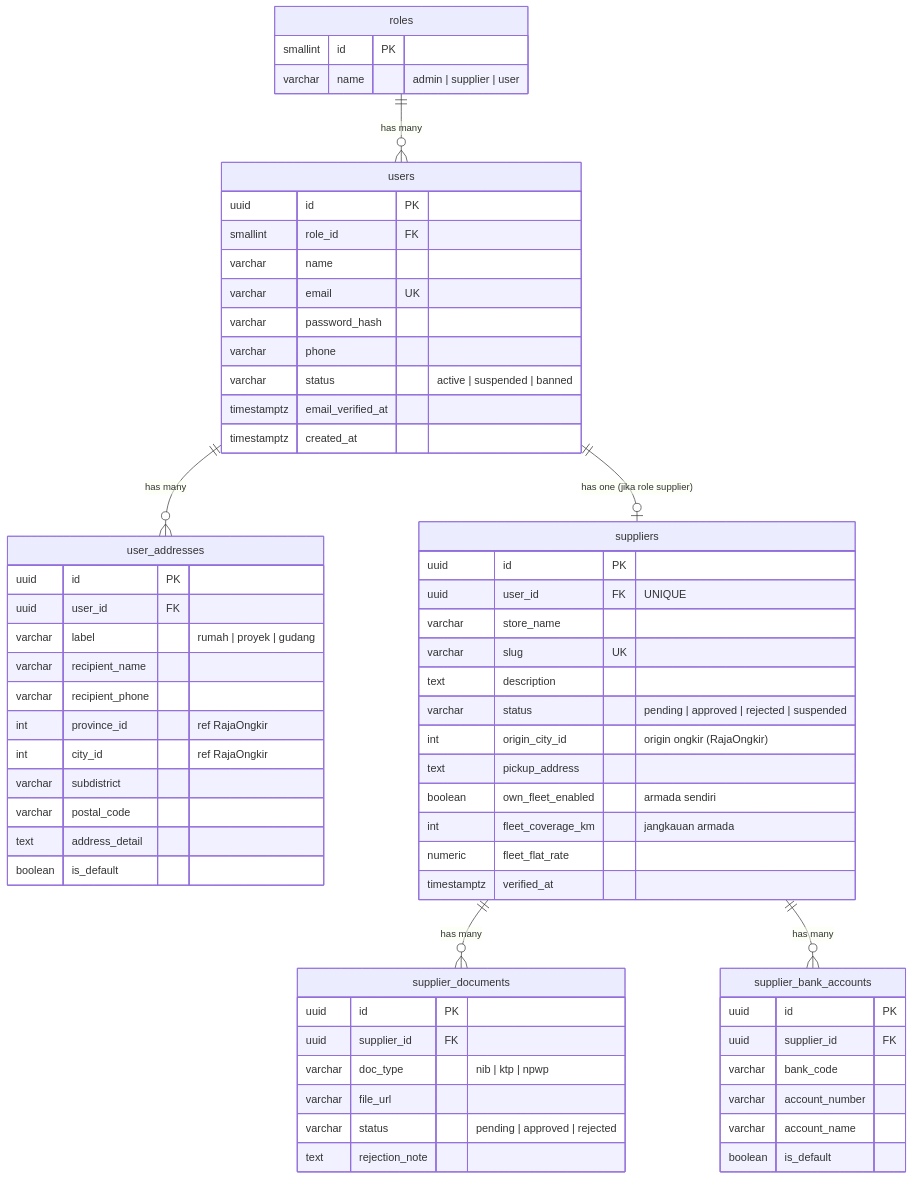
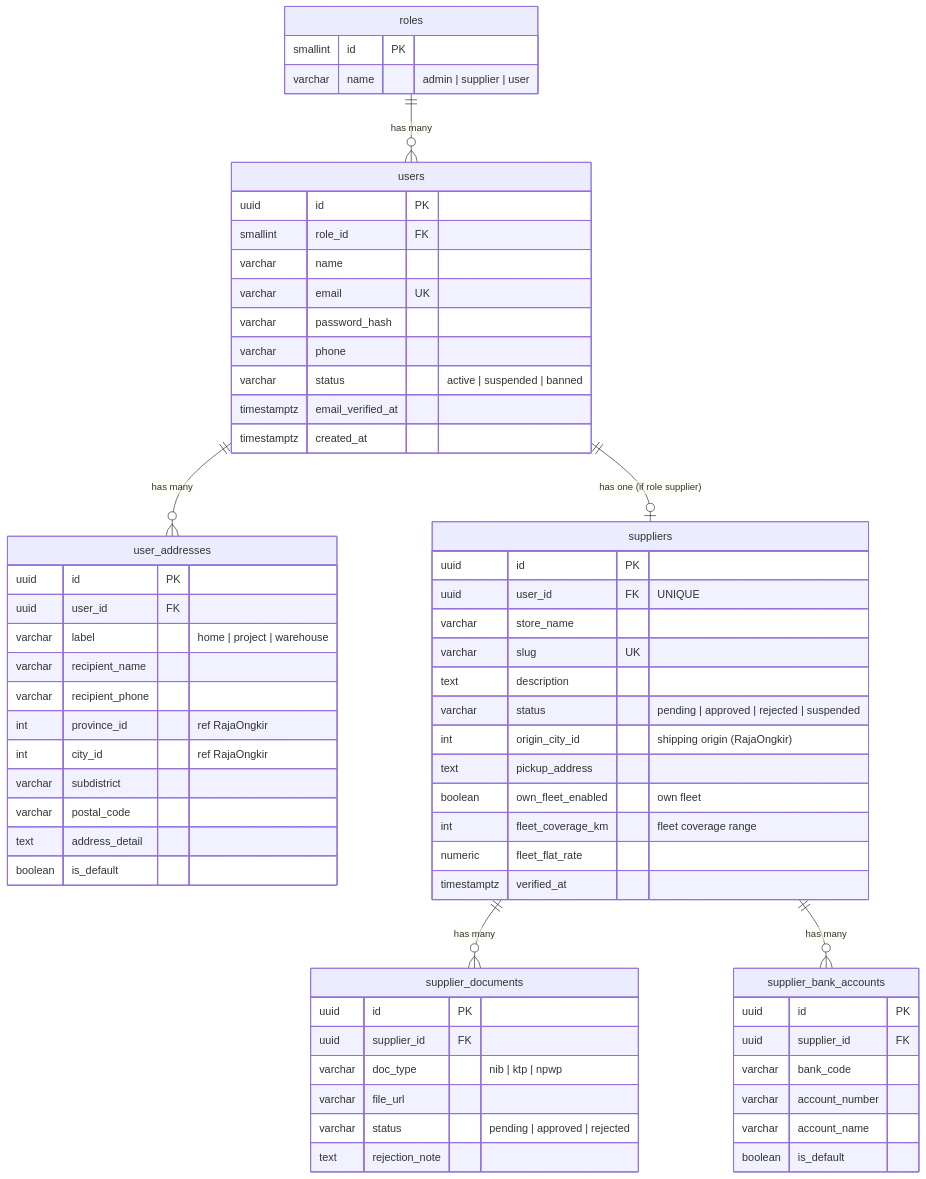
Before and after one commit to erdinhrmwn/bangunin-project: the first of 10 diagrams in docs/erd.md, drawn with Mermaid. The commit also changed other lines of this file and 6 other files, not shown here.

````diff
--- a/docs/erd.md
+++ b/docs/erd.md
@@ -11,72 +11,72 @@
 ```mermaid
 erDiagram
     roles ||--o{ users : "has many"
     users ||--o{ user_addresses : "has many"
-    users ||--o| suppliers : "has one (jika role supplier)"
+    users ||--o| suppliers : "has one (if role supplier)"
     suppliers ||--o{ supplier_documents : "has many"
     suppliers ||--o{ supplier_bank_accounts : "has many"
 
     roles {
         smallint id PK
         varchar name "admin | supplier | user"
     }
 
     users {
         uuid id PK
         smallint role_id FK
         varchar name
         varchar email UK
         varchar password_hash
         varchar phone
         varchar status "active | suspended | banned"
         timestamptz email_verified_at
         timestamptz created_at
     }
 
     user_addresses {
         uuid id PK
         uuid user_id FK
-        varchar label "rumah | proyek | gudang"
+        varchar label "home | project | warehouse"
         varchar recipient_name
         varchar recipient_phone
         int province_id "ref RajaOngkir"
         int city_id "ref RajaOngkir"
         varchar subdistrict
         varchar postal_code
         text address_detail
         boolean is_default
     }
 
     suppliers {
         uuid id PK
         uuid user_id FK "UNIQUE"
         varchar store_name
         varchar slug UK
         text description
         varchar status "pending | approved | rejected | suspended"
-        int origin_city_id "origin ongkir (RajaOngkir)"
+        int origin_city_id "shipping origin (RajaOngkir)"
         text pickup_address
-        boolean own_fleet_enabled "armada sendiri"
-        int fleet_coverage_km "jangkauan armada"
+        boolean own_fleet_enabled "own fleet"
+        int fleet_coverage_km "fleet coverage range"
         numeric fleet_flat_rate
         timestamptz verified_at
     }
 
     supplier_documents {
         uuid id PK
         uuid supplier_id FK
         varchar doc_type "nib | ktp | npwp"
         varchar file_url
         varchar status "pending | approved | rejected"
         text rejection_note
     }
 
     supplier_bank_accounts {
         uuid id PK
         uuid supplier_id FK
         varchar bank_code
         varchar account_number
         varchar account_name
         boolean is_default
     }
 ```
````
